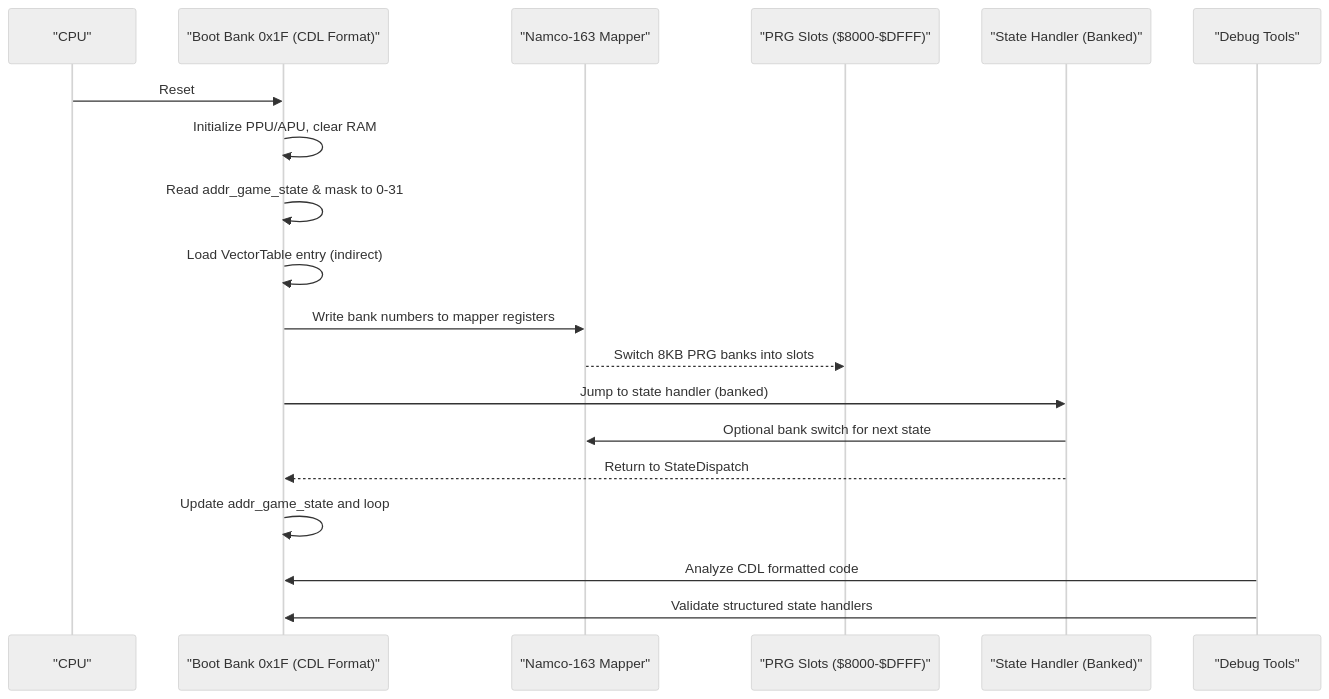
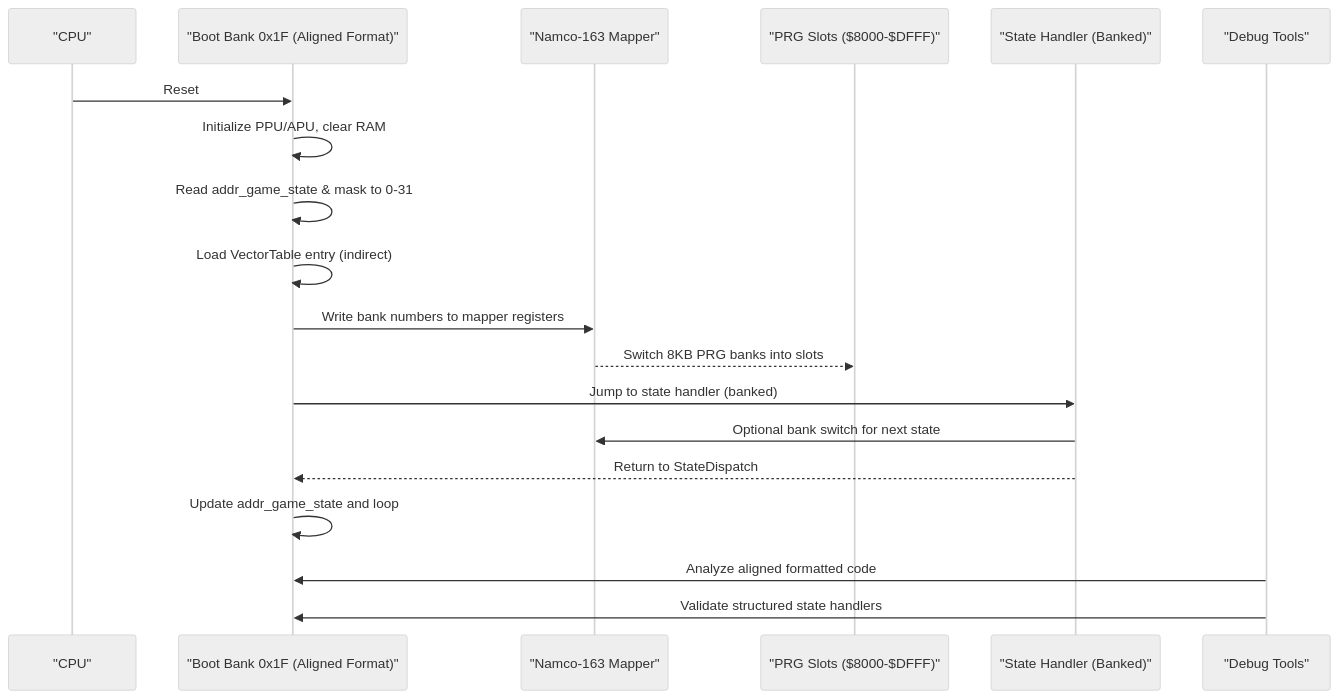
Before and after one commit to rabbyzero/sango2dasm: the second of 9 diagrams in .qoder/repowiki/en/content/Assembly Architecture/Assembly Architecture.md, drawn with Mermaid (neutral theme). The commit also changed other lines of this file and 15 other files, not shown here.

````diff
--- a/.qoder/repowiki/en/content/Assembly Architecture/Assembly Architecture.md
+++ b/.qoder/repowiki/en/content/Assembly Architecture/Assembly Architecture.md
@@ -121,21 +120,21 @@
 ```mermaid
 sequenceDiagram
 participant CPU as "CPU"
-participant BOOT as "Boot Bank 0x1F (CDL Format)"
+participant BOOT as "Boot Bank 0x1F (Aligned Format)"
 participant MAP as "Namco-163 Mapper"
 participant SLOTS as "PRG Slots ($8000-$DFFF)"
 participant STATE as "State Handler (Banked)"
 participant DEBUG as "Debug Tools"
 CPU->>BOOT : Reset
 BOOT->>BOOT : Initialize PPU/APU, clear RAM
 BOOT->>BOOT : Read addr_game_state & mask to 0-31
 BOOT->>BOOT : Load VectorTable entry (indirect)
 BOOT->>MAP : Write bank numbers to mapper registers
 MAP-->>SLOTS : Switch 8KB PRG banks into slots
 BOOT->>STATE : Jump to state handler (banked)
 STATE->>MAP : Optional bank switch for next state
 STATE-->>BOOT : Return to StateDispatch
 BOOT->>BOOT : Update addr_game_state and loop
-DEBUG->>BOOT : Analyze CDL formatted code
+DEBUG->>BOOT : Analyze aligned formatted code
 DEBUG->>BOOT : Validate structured state handlers
 ```
````
